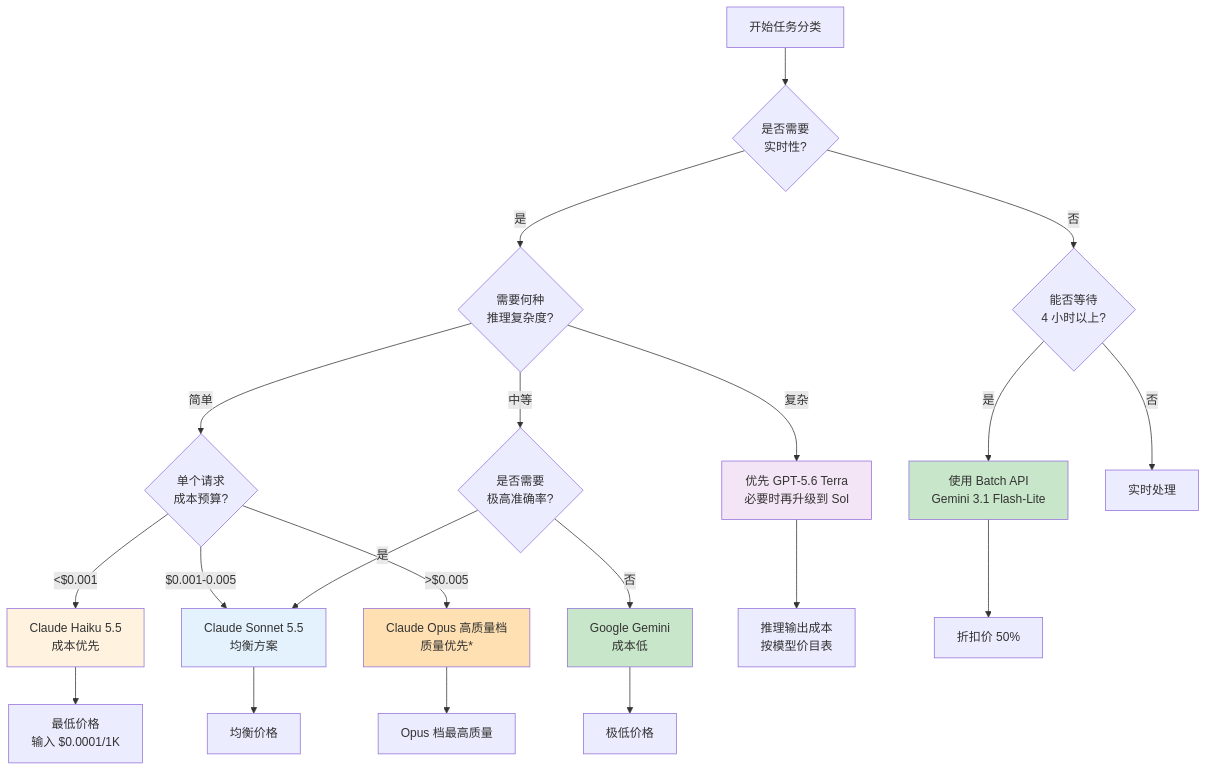
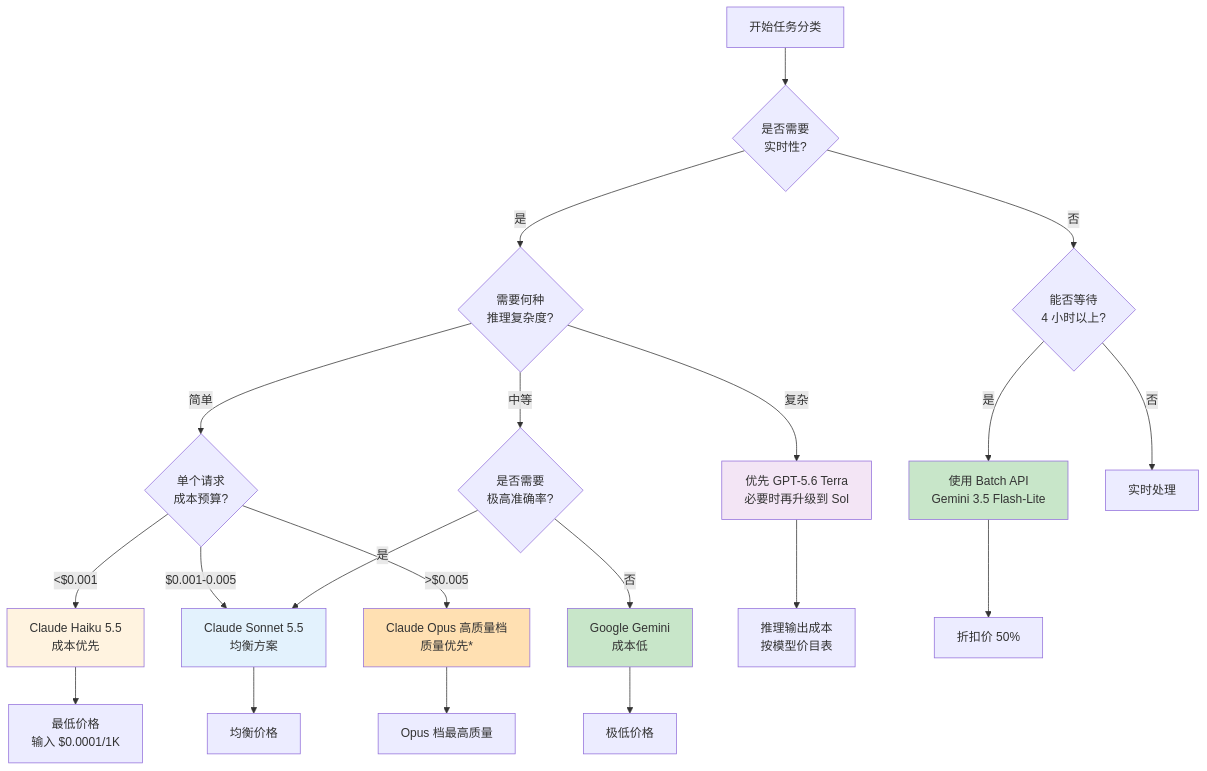
Before and after one commit to yeasy/prompt_engineering_guide: the fifth of 6 diagrams in 12_automated_pe/12.5_promptops_cost_management.md, drawn with Mermaid. The commit also changed other lines of this file and 11 other files, not shown here.

````diff
--- a/12_automated_pe/12.5_promptops_cost_management.md
+++ b/12_automated_pe/12.5_promptops_cost_management.md
@@ -472,35 +472,35 @@
 ```mermaid
 graph TD
     Start["开始任务分类"] --> Q1{"是否需要<br/>实时性?"}
 
     Q1 -->|是| Q2{"需要何种<br/>推理复杂度?"}
     Q1 -->|否| Q3{"能否等待<br/>4 小时以上?"}
 
     Q2 -->|简单| Q4{"单个请求<br/>成本预算?"}
     Q2 -->|中等| Q5{"是否需要<br/>极高准确率?"}
     Q2 -->|复杂| UseO1["优先 GPT-5.6 Terra<br/>必要时再升级到 Sol"]
 
-    Q3 -->|是| UseBatch["使用 Batch API<br/>Gemini 3.1 Flash-Lite"]
+    Q3 -->|是| UseBatch["使用 Batch API<br/>Gemini 3.5 Flash-Lite"]
     Q3 -->|否| RT["实时处理"]
 
     Q4 -->|<$0.001| UseHaiku["Claude Haiku 5.5<br/>成本优先"]
     Q4 -->|$0.001-0.005| UseSonnet["Claude Sonnet 5.5<br/>均衡方案"]
     Q4 -->|>$0.005| UseOpus["Claude Opus 高质量档<br/>质量优先*"]
 
     Q5 -->|是| UseSonnet
     Q5 -->|否| UseGemini["Google Gemini<br/>成本低"]
 
     UseO1 --> Cost1["推理输出成本<br/>按模型价目表"]
     UseBatch --> Cost2["折扣价 50%"]
     UseHaiku --> Cost3["最低价格<br/>输入 $0.0001/1K"]
     UseSonnet --> Cost4["均衡价格"]
     UseOpus --> Cost5["Opus 档最高质量"]
     UseGemini --> Cost6["极低价格"]
 
     style UseO1 fill:#f3e5f5
     style UseBatch fill:#c8e6c9
     style UseHaiku fill:#fff3e0
     style UseSonnet fill:#e3f2fd
     style UseOpus fill:#ffe0b2
     style UseGemini fill:#c8e6c9
 ```
````
